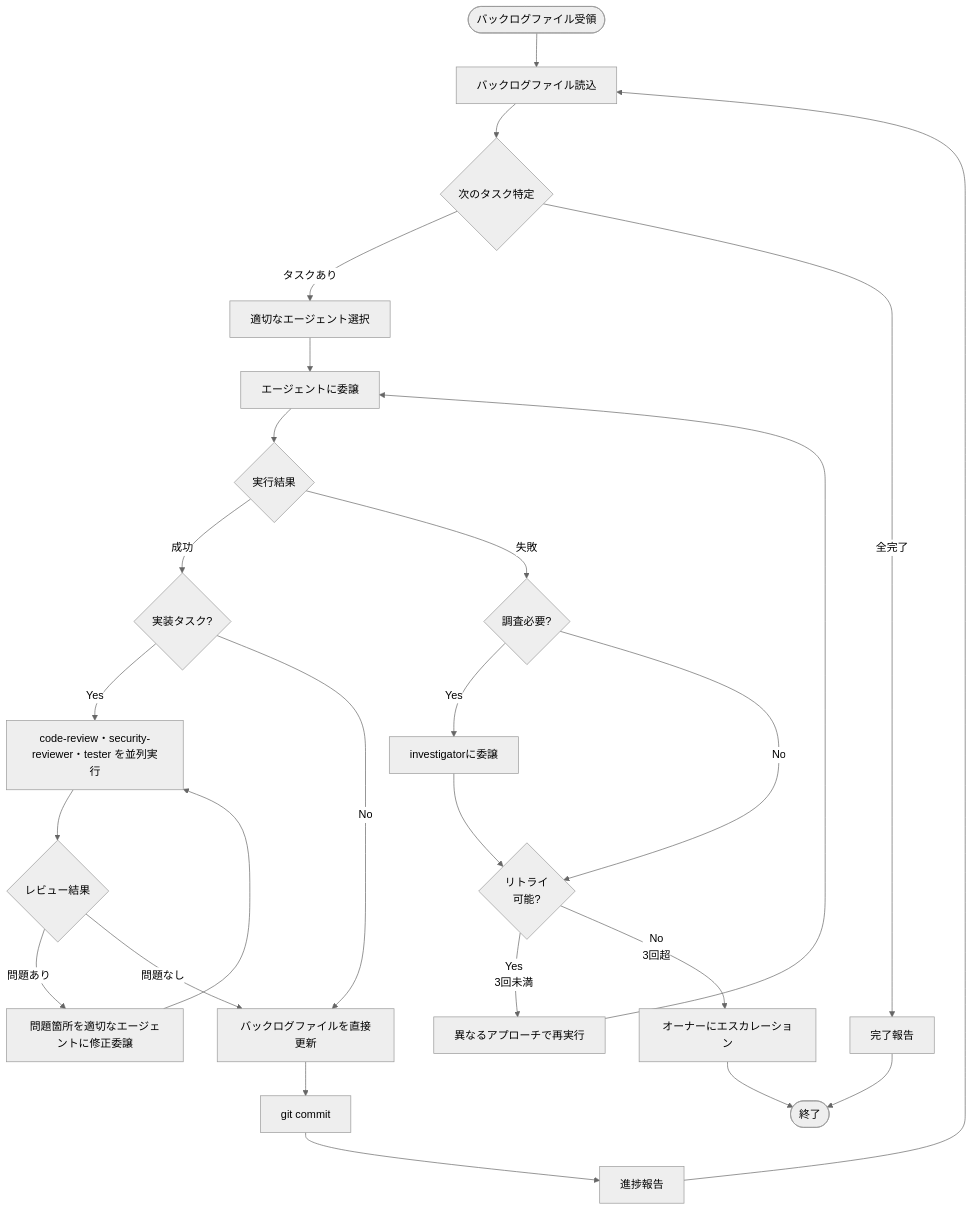
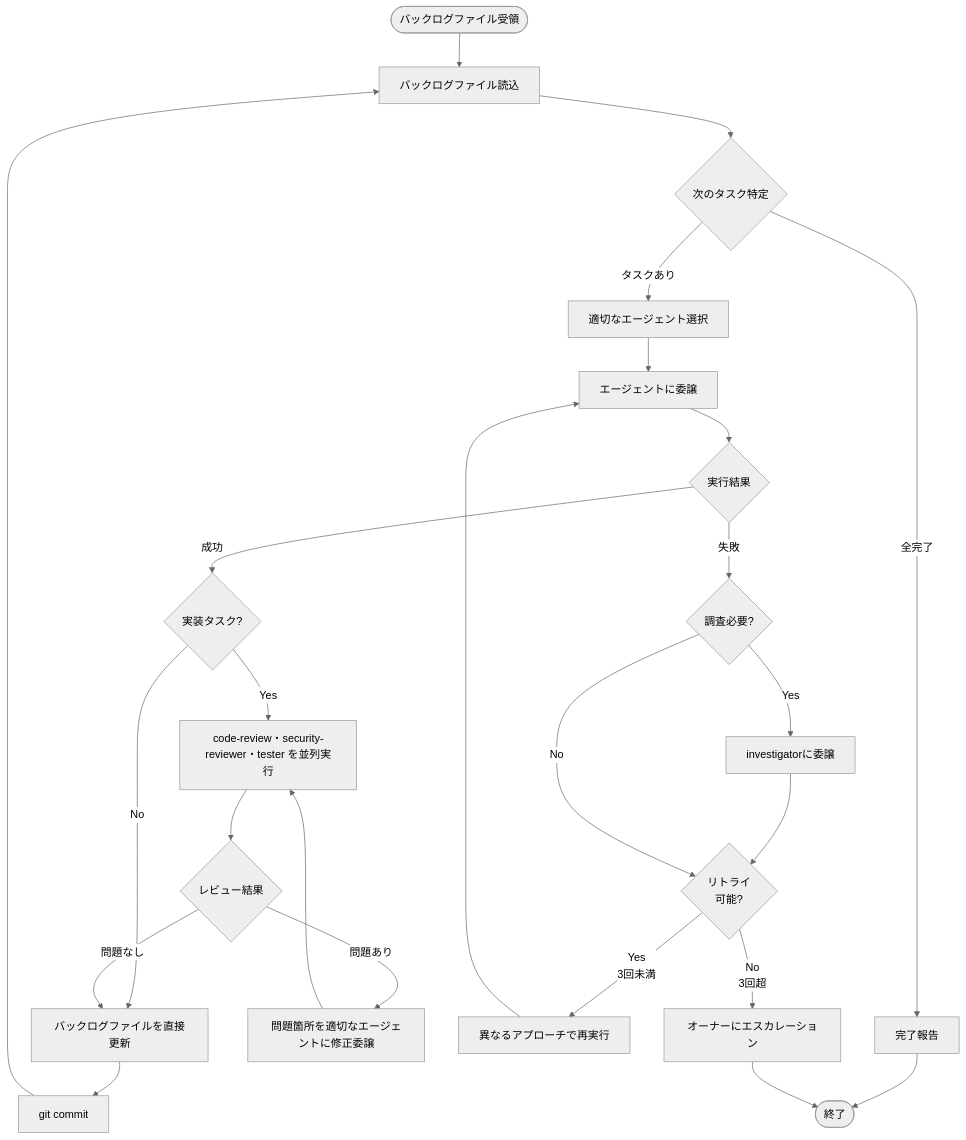
Before and after one commit to ichi-h/dotfiles: the diagram in nix/home/base/cli/copilot-cli/agents/orchestrator.agent.md, drawn with Mermaid (neutral theme). The commit also changed other lines of this file, not shown here.

````diff
--- a/nix/home/base/cli/copilot-cli/agents/orchestrator.agent.md
+++ b/nix/home/base/cli/copilot-cli/agents/orchestrator.agent.md
@@ -22,34 +22,33 @@
 ```mermaid
 graph TB
     Start([バックログファイル受領]) --> LoadBacklog[バックログファイル読込]
 
     LoadBacklog --> NextTask{次のタスク特定}
     NextTask -->|タスクあり| SelectAgent[適切なエージェント選択]
     NextTask -->|全完了| Report[完了報告]
 
     SelectAgent --> Execute[エージェントに委譲]
     Execute --> Success{実行結果}
 
     Success -->|成功| IsImplTask{実装タスク?}
     IsImplTask -->|Yes| ParallelReview["code-review・security-reviewer・tester を並列実行"]
     IsImplTask -->|No| UpdateTask
     ParallelReview --> ReviewResult{レビュー結果}
     ReviewResult -->|問題あり| FixIssues[問題箇所を適切なエージェントに修正委譲]
     FixIssues --> ParallelReview
     ReviewResult -->|問題なし| UpdateTask[バックログファイルを直接更新]
     UpdateTask --> Commit[git commit]
-    Commit --> Progress[進捗報告]
-    Progress --> LoadBacklog
+    Commit --> LoadBacklog
 
     Success -->|失敗| Investigate{調査必要?}
     Investigate -->|Yes| CallInvestigator[investigatorに委譲]
     CallInvestigator --> Retry{リトライ<br/>可能?}
     Investigate -->|No| Retry
 
     Retry -->|Yes<br/>3回未満| Replan[異なるアプローチで再実行]
     Replan --> Execute
     Retry -->|No<br/>3回超| Escalate[オーナーにエスカレーション]
 
     Report --> End([終了])
     Escalate --> End
 ```
````
